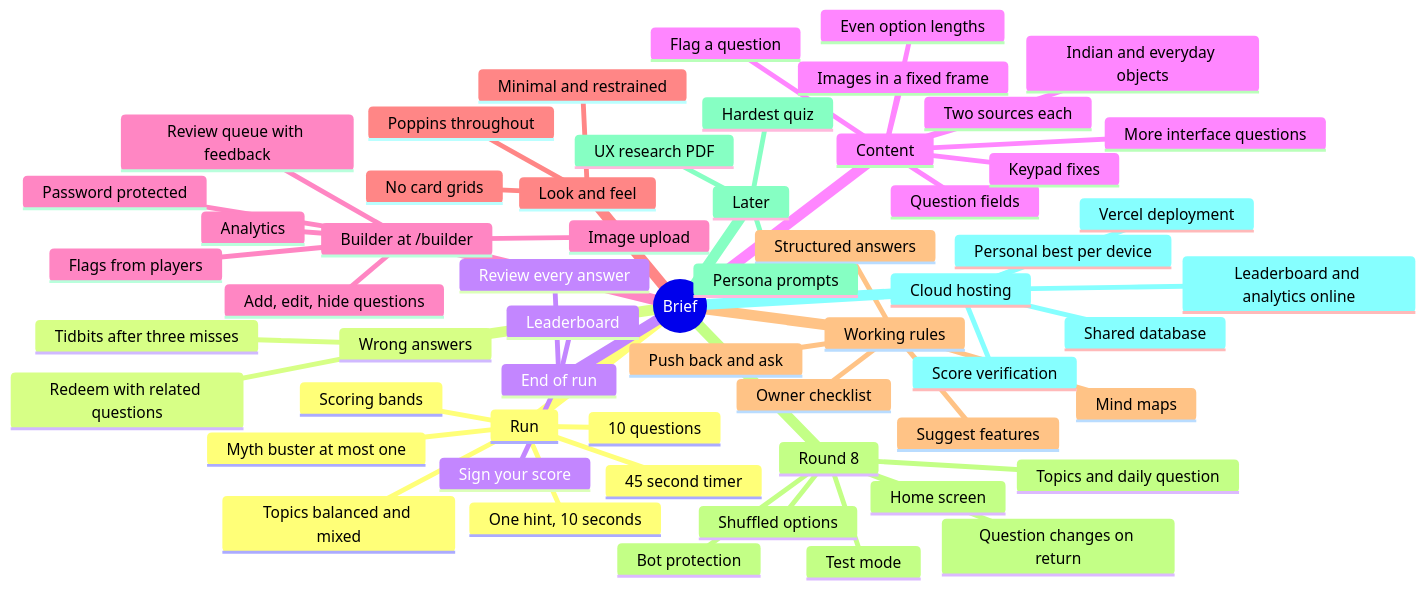
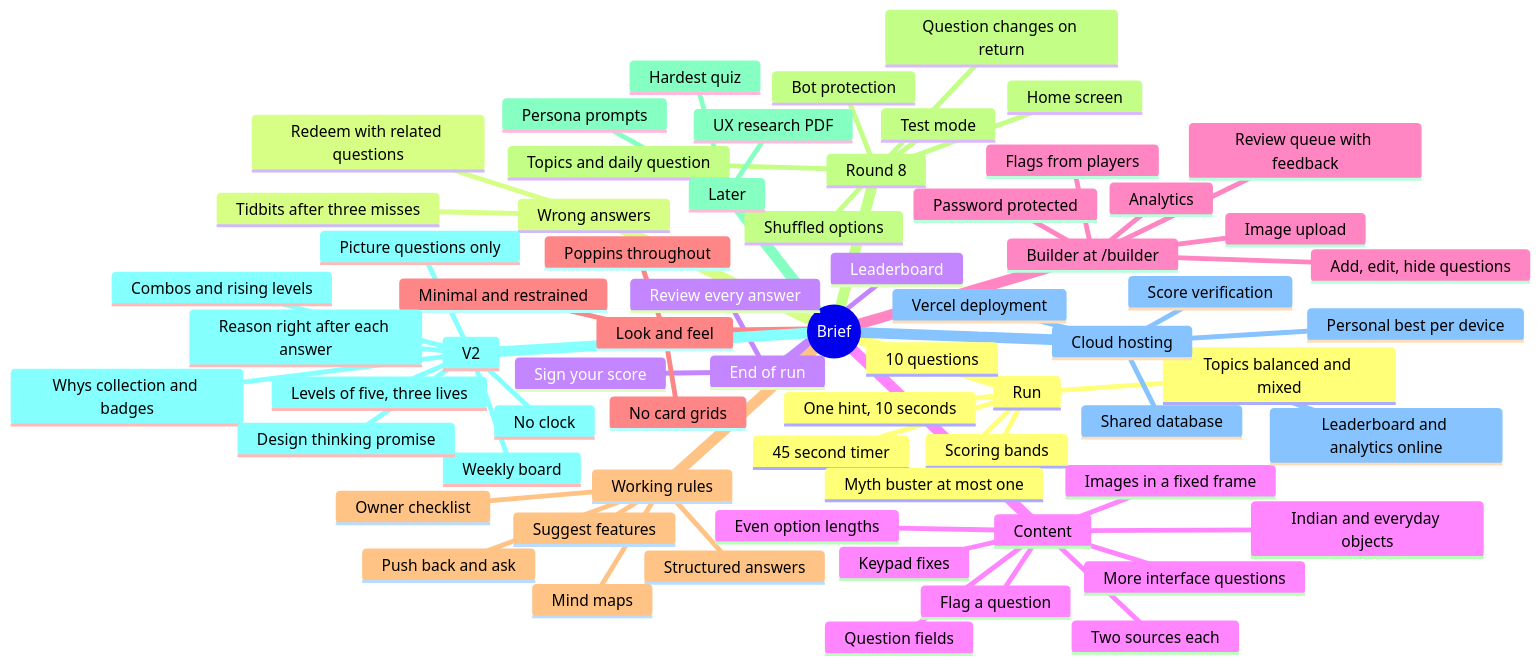
One commit to robinkuriakose/made-that-way changed the diagram in docs/brief-map.md. Above: the diagram before and after it, drawn with Mermaid. The commit also changed other lines of this file and 40 other files, not shown here.

````diff
--- a/docs/brief-map.md
+++ b/docs/brief-map.md
@@ -7,61 +7,70 @@
 ```mermaid
 mindmap
   root((Brief))
     Run
       10 questions
       45 second timer
       Scoring bands
       One hint, 10 seconds
       Myth buster at most one
       Topics balanced and mixed
     Wrong answers
       Redeem with related questions
       Tidbits after three misses
     End of run
       Review every answer
       Sign your score
       Leaderboard
     Content
       Question fields
       Two sources each
       Even option lengths
       Keypad fixes
       More interface questions
       Images in a fixed frame
       Indian and everyday objects
       Flag a question
     Builder at /builder
       Password protected
       Add, edit, hide questions
       Image upload
       Review queue with feedback
       Flags from players
       Analytics
     Look and feel
       Minimal and restrained
       Poppins throughout
       No card grids
     Working rules
       Push back and ask
       Structured answers
       Suggest features
       Mind maps
       Owner checklist
     Round 8
       Shuffled options
       Question changes on return
       Topics and daily question
       Test mode
       Bot protection
       Home screen
     Later
       UX research PDF
       Hardest quiz
       Persona prompts
+    V2
+      Levels of five, three lives
+      No clock
+      Combos and rising levels
+      Reason right after each answer
+      Picture questions only
+      Whys collection and badges
+      Weekly board
+      Design thinking promise
     Cloud hosting
       Vercel deployment
       Shared database
       Leaderboard and analytics online
       Personal best per device
       Score verification
 ```
````
